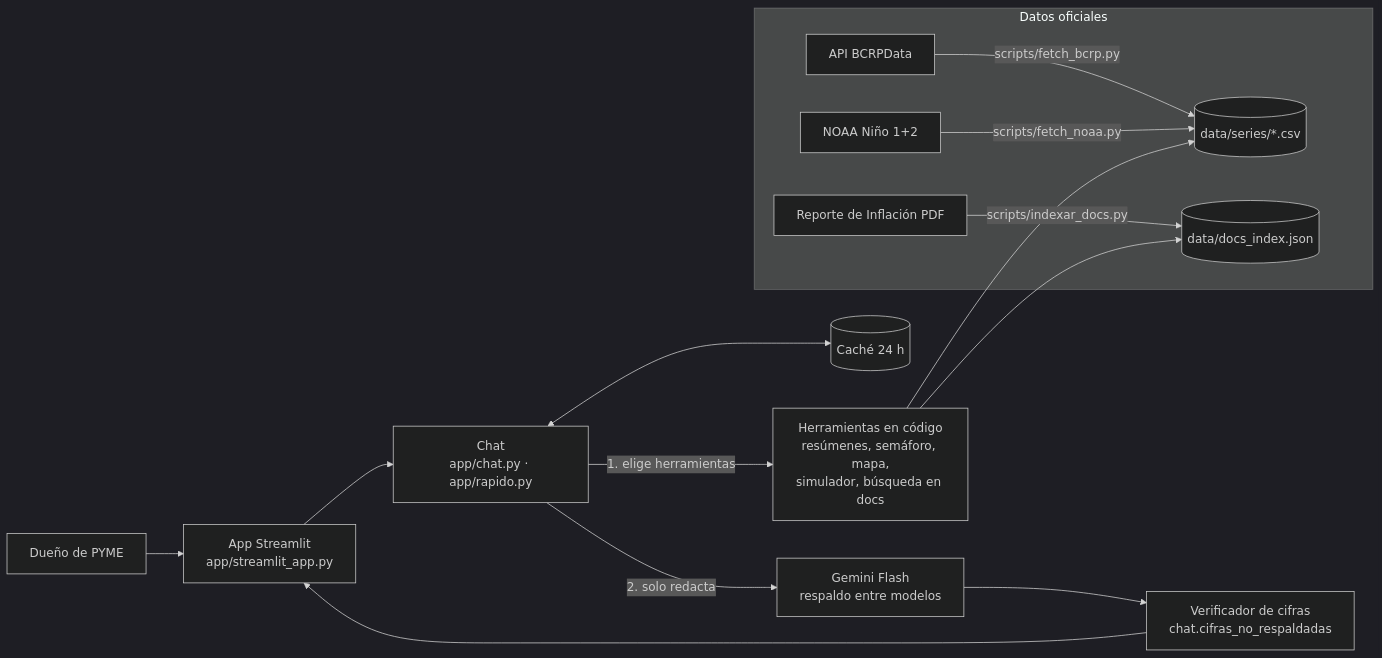
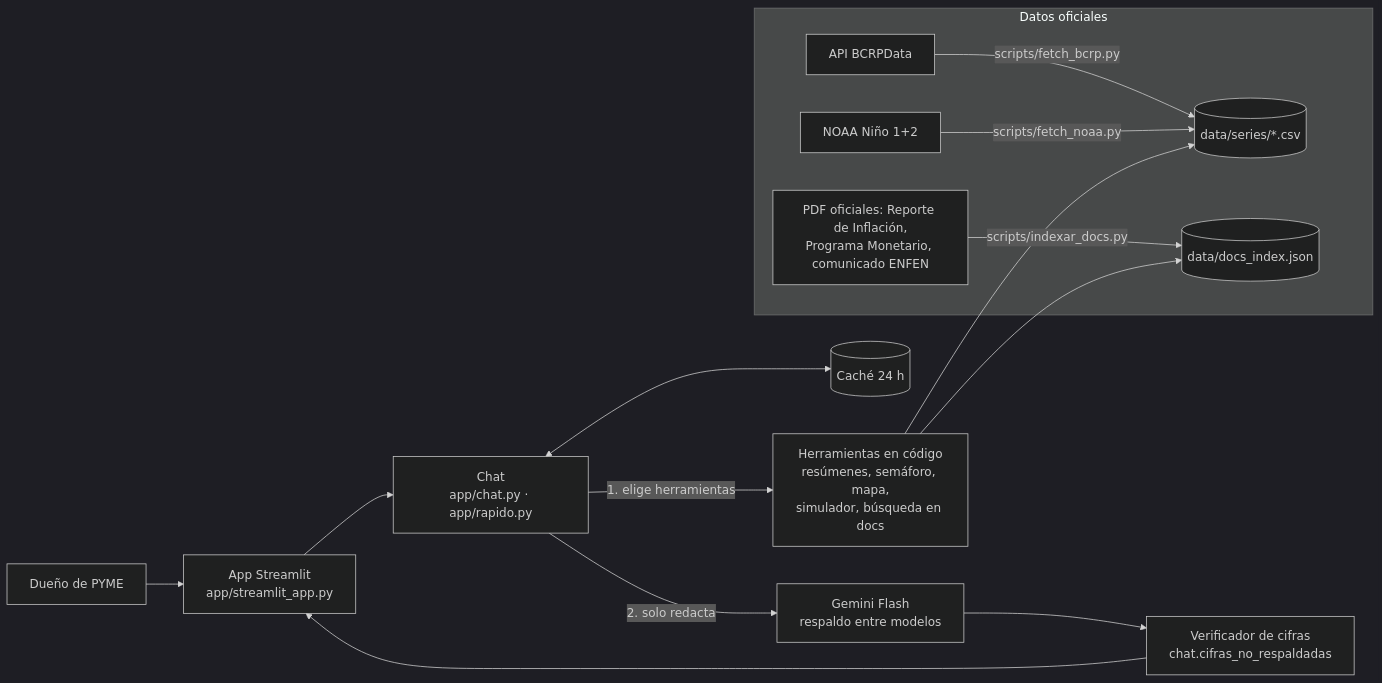
Before and after one commit to ccbocanegrav-ui/Analista-BCRP: the diagram in README.md, drawn with Mermaid (dark theme). The commit also changed other lines of this file, not shown here.

Commit message:
README: documentos indexados

````diff
--- a/README.md
+++ b/README.md
@@ -80,17 +80,17 @@
 ```mermaid
 flowchart LR
     U[Dueño de PYME] --> UI[App Streamlit<br/>app/streamlit_app.py]
     subgraph Datos oficiales
         B[API BCRPData] -->|scripts/fetch_bcrp.py| S[(data/series/*.csv)]
         N[NOAA Niño 1+2] -->|scripts/fetch_noaa.py| S
-        P[Reporte de Inflación PDF] -->|scripts/indexar_docs.py| I[(data/docs_index.json)]
+        P[PDF oficiales: Reporte de Inflación,<br/>Programa Monetario, comunicado ENFEN] -->|scripts/indexar_docs.py| I[(data/docs_index.json)]
     end
     UI --> C[Chat<br/>app/chat.py · app/rapido.py]
     C -->|1. elige herramientas| H[Herramientas en código<br/>resúmenes, semáforo, mapa,<br/>simulador, búsqueda en docs]
     H --> S
     H --> I
     C -->|2. solo redacta| G[Gemini Flash<br/>respaldo entre modelos]
     G --> V[Verificador de cifras<br/>chat.cifras_no_respaldadas]
     V --> UI
     C <--> K[(Caché 24 h)]
 ```
````
